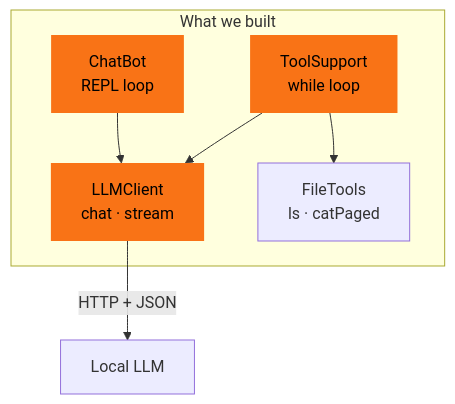
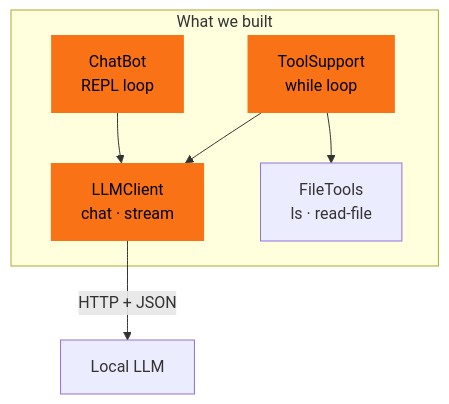
The tenth of 10 diagrams in slides/slides.md (parttimenerd/tiny-llm-library-demo), drawn with Mermaid before and after one commit. The commit also changed other lines of this file and 4 other files, not shown here.

````diff
--- a/slides/slides.md
+++ b/slides/slides.md
@@ -3049,18 +2432,18 @@
 ```mermaid
 flowchart TB
   subgraph "What we built"
     lc["LLMClient<br>chat · stream"]
     cb["ChatBot<br>REPL loop"]
     ts["ToolSupport<br>while loop"]
-    ft["FileTools<br>ls · catPaged"]
+    ft["FileTools<br>ls · read-file"]
   end
 
   cb --> lc
   ts --> lc
   ts --> ft
   lc -->|"HTTP + JSON"| llm["Local LLM"]
 
   style lc fill:#f97316,color:#000,stroke:none
   style cb fill:#f97316,color:#000,stroke:none
   style ts fill:#f97316,color:#000,stroke:none
 ```
````
